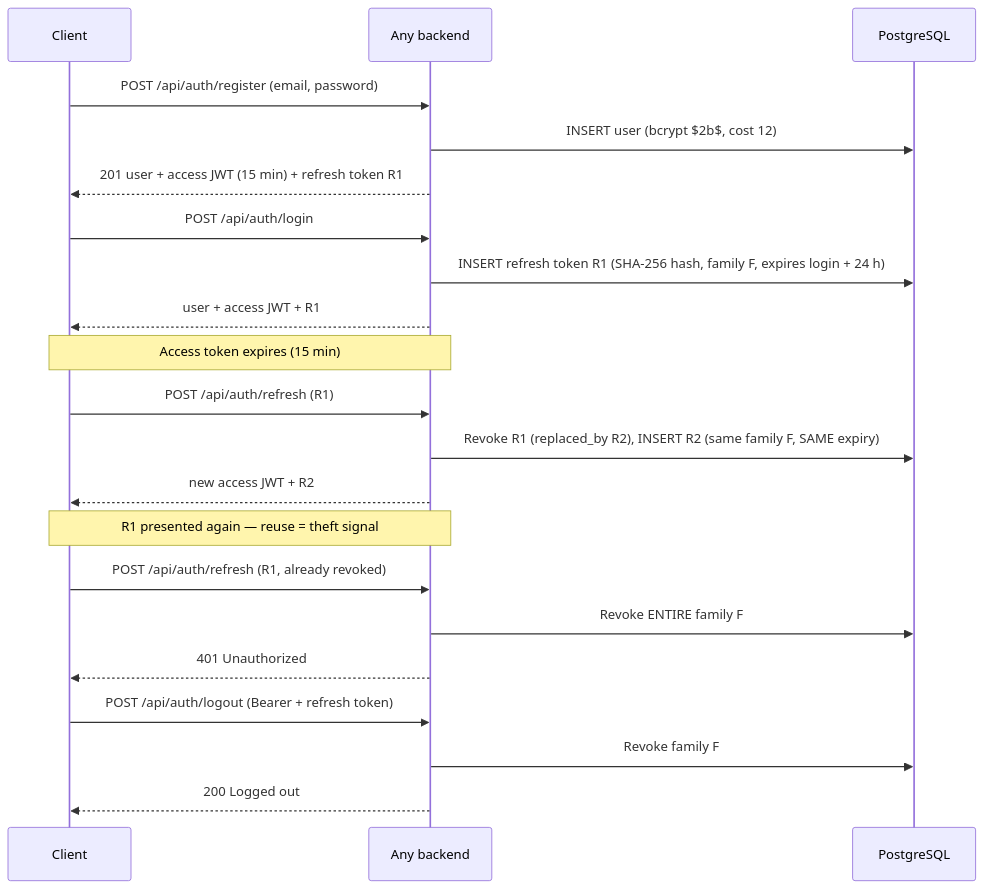
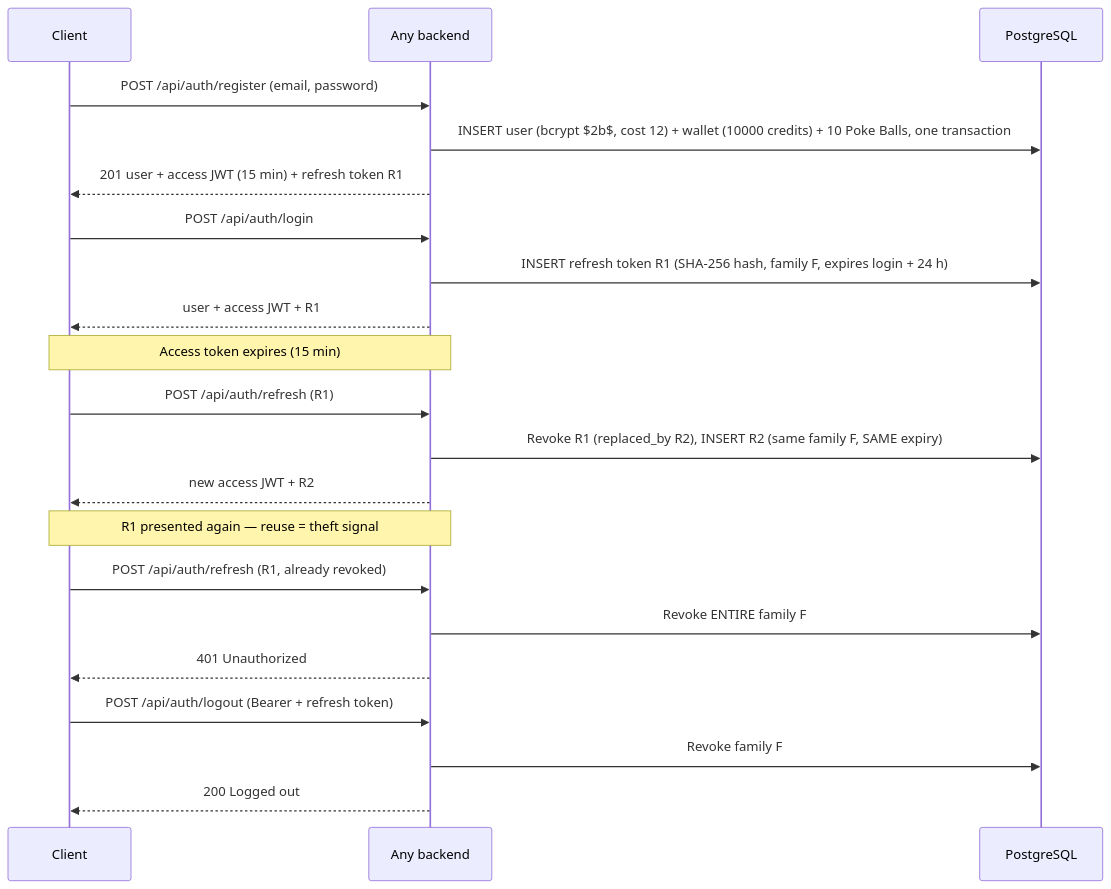
The fourth of 4 diagrams in README.md (jorius/pokedex-api-express-js), drawn with Mermaid before and after one commit. The commit also changed other lines of this file, not shown here.

````diff
--- a/README.md
+++ b/README.md
@@ -312,28 +458,28 @@
 ```mermaid
 sequenceDiagram
     participant C as Client
     participant S as Any backend
     participant DB as PostgreSQL
 
     C->>S: POST /api/auth/register (email, password)
-    S->>DB: INSERT user (bcrypt $2b$, cost 12)
+    S->>DB: INSERT user (bcrypt $2b$, cost 12) + wallet (10000 credits) + 10 Poke Balls, one transaction
     S-->>C: 201 user + access JWT (15 min) + refresh token R1
 
     C->>S: POST /api/auth/login
     S->>DB: INSERT refresh token R1 (SHA-256 hash, family F, expires login + 24 h)
     S-->>C: user + access JWT + R1
 
     Note over C,S: Access token expires (15 min)
     C->>S: POST /api/auth/refresh (R1)
     S->>DB: Revoke R1 (replaced_by R2), INSERT R2 (same family F, SAME expiry)
     S-->>C: new access JWT + R2
 
     Note over C,S: R1 presented again — reuse = theft signal
     C->>S: POST /api/auth/refresh (R1, already revoked)
     S->>DB: Revoke ENTIRE family F
     S-->>C: 401 Unauthorized
 
     C->>S: POST /api/auth/logout (Bearer + refresh token)
     S->>DB: Revoke family F
     S-->>C: 200 Logged out
 ```
````
